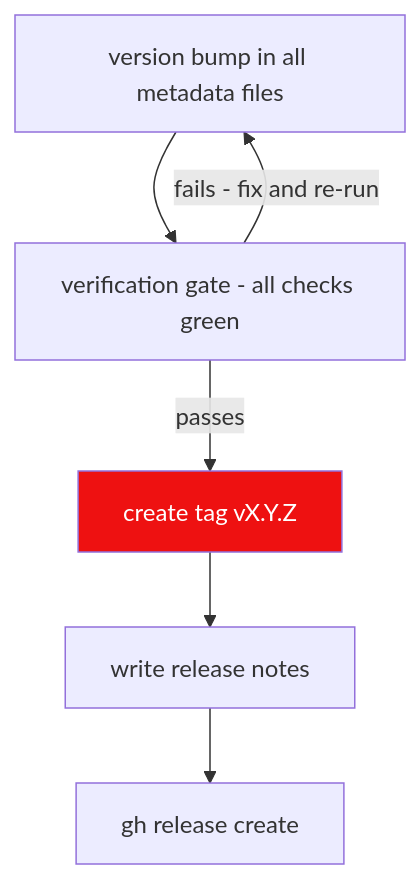
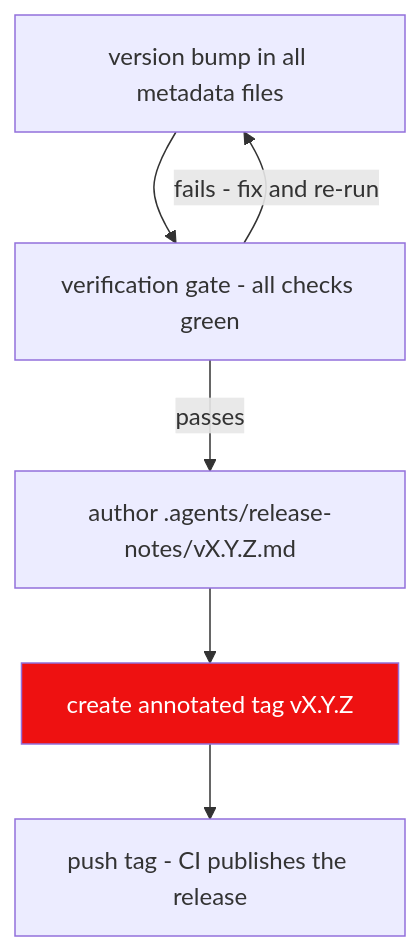
The diagram in .agents/rules/rule-08-release-standards.md (HELIX-Origin/LewdZone-Launcher), drawn with Mermaid before and after one commit. The commit also changed other lines of this file and 1 other file, not shown here.

First line of the commit message:
docs(rules): correct Rule 08 release title and notes structure to match practice

````diff
--- a/.agents/rules/rule-08-release-standards.md
+++ b/.agents/rules/rule-08-release-standards.md
@@ -25,11 +25,11 @@
 ```mermaid
 flowchart TD
     A["version bump in all metadata files"]
     V["verification gate - all checks green"]
-    T["create tag vX.Y.Z"]
-    N["write release notes"]
-    P["gh release create"]
+    T["create annotated tag vX.Y.Z"]
+    N["author .agents/release-notes/vX.Y.Z.md"]
+    P["push tag - CI publishes the release"]
     A --> V -->|"fails - fix and re-run"| A
-    V -->|"passes"| T --> N --> P
+    V -->|"passes"| N --> T --> P
     style T fill:#e11,color:#fff
 ```
````
